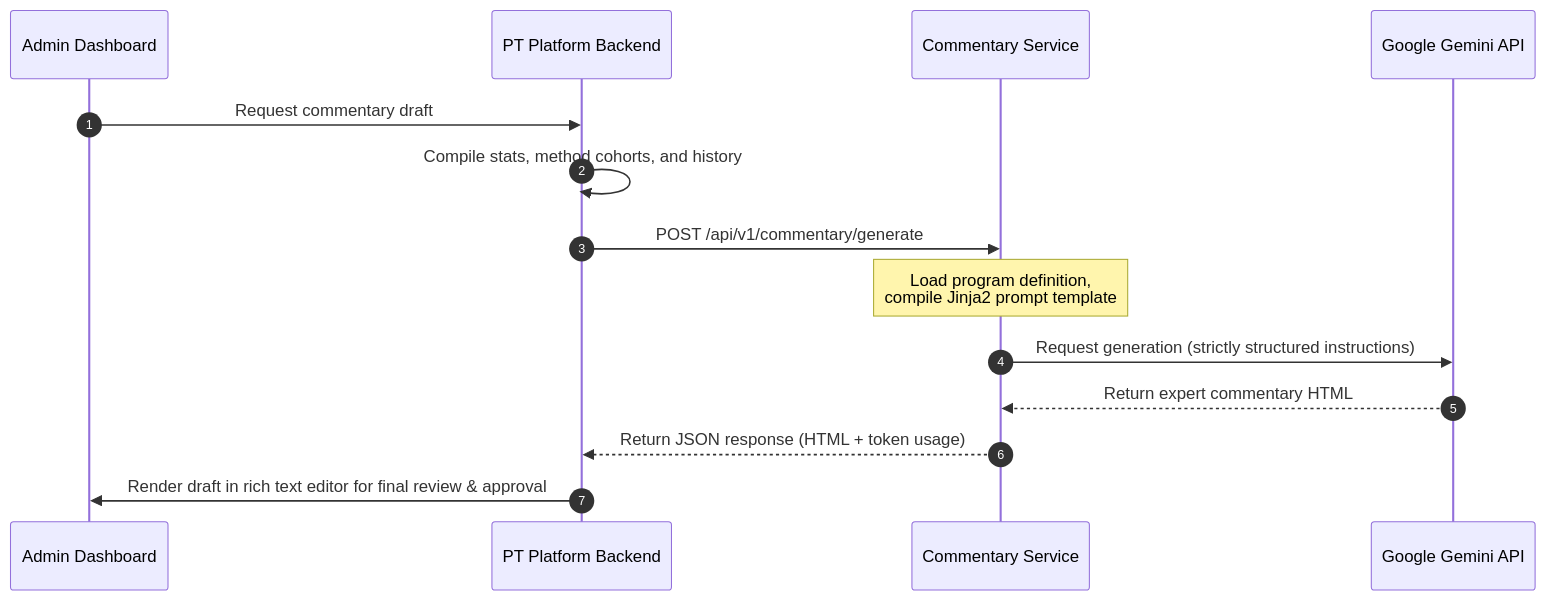
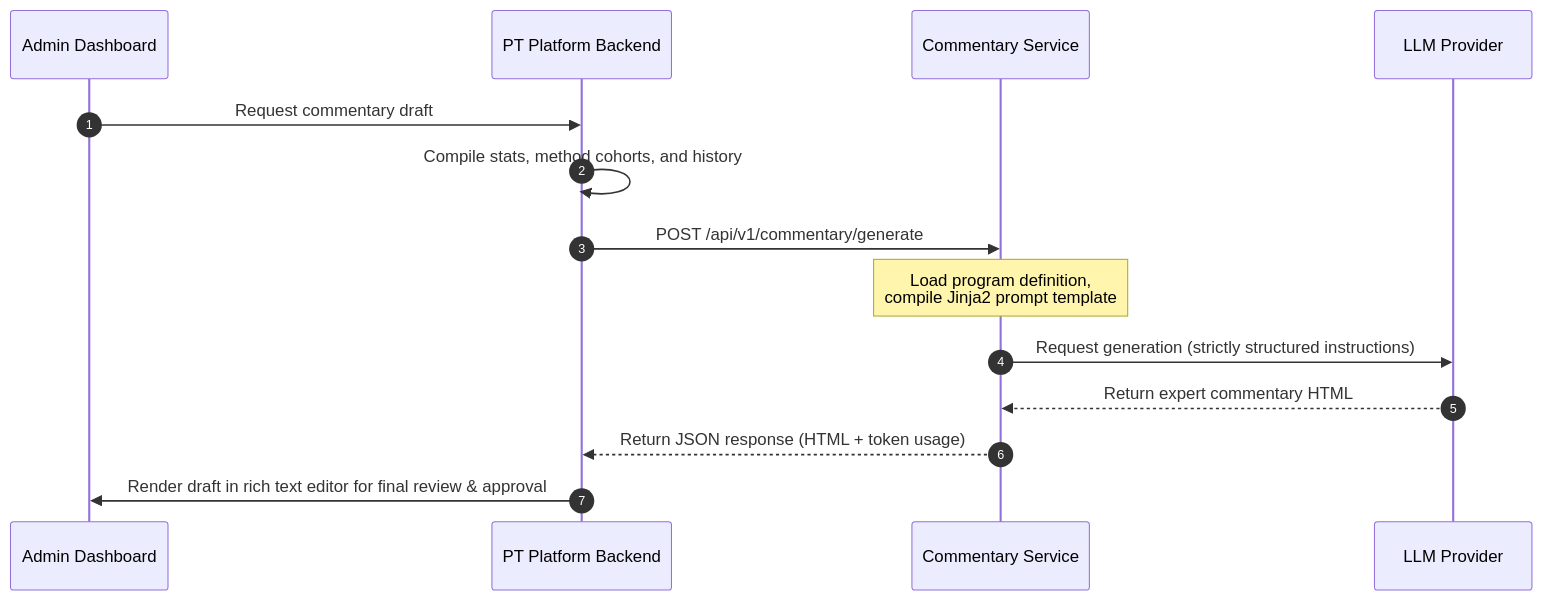
Before and after one commit to tony-nyagah/expert-commentary-service: the second of 2 diagrams in README.md, drawn with Mermaid. The commit also changed other lines of this file, not shown here.

First line of the commit message:
docs: document the per-sample request schema, LLM env config and service token

````diff
--- a/README.md
+++ b/README.md
@@ -44,17 +44,17 @@
 ```mermaid
 sequenceDiagram
     autonumber
     participant UI as Admin Dashboard
     participant Client as PT Platform Backend
     participant Service as Commentary Service
-    participant Gemini as Google Gemini API
+    participant LLM as LLM Provider
 
     UI->>Client: Request commentary draft
     Client->>Client: Compile stats, method cohorts, and history
     Client->>Service: POST /api/v1/commentary/generate
     Note over Service: Load program definition,<br/>compile Jinja2 prompt template
-    Service->>Gemini: Request generation (strictly structured instructions)
-    Gemini-->>Service: Return expert commentary HTML
+    Service->>LLM: Request generation (strictly structured instructions)
+    LLM-->>Service: Return expert commentary HTML
     Service-->>Client: Return JSON response (HTML + token usage)
     Client->>UI: Render draft in rich text editor for final review & approval
 ```
````
